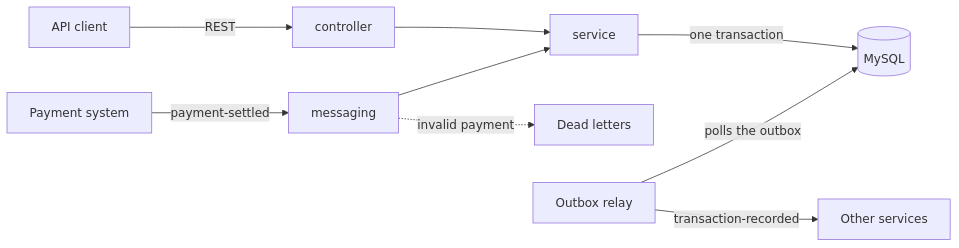
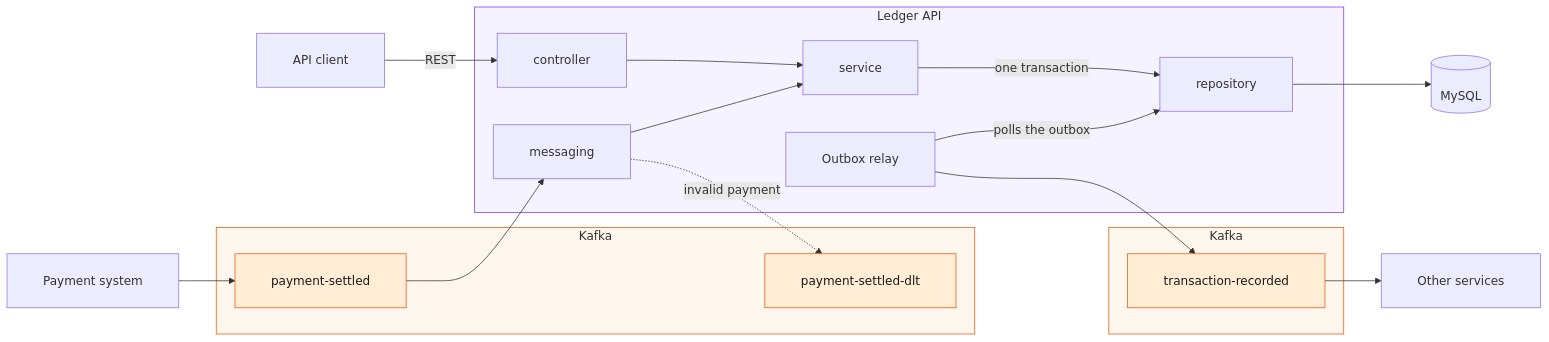
Before and after one commit to Daniel296/ledger-api: the diagram in README.md, drawn with Mermaid. The commit also changed other lines of this file, not shown here.

````diff
--- a/README.md
+++ b/README.md
@@ -175,11 +12,34 @@
 ```mermaid
+%%{init: {"flowchart": {"padding": 24}}}%%
 flowchart LR
     client["API client"] -->|REST| controller
-    payments["Payment system"] -->|payment-settled| messaging
+    payments["Payment system"] --> settled
+    subgraph kafkaIn["Kafka"]
+        settled["payment-settled"]
+        dlt["payment-settled-dlt"]
+    end
+    subgraph ledger["Ledger API"]
+        controller
+        messaging
+        service
+        relay["Outbox relay"]
+        repository
+    end
+    settled --> messaging
+    messaging -.->|invalid payment| dlt
     controller --> service
     messaging --> service
-    messaging -.->|invalid payment| dlt["Dead letters"]
-    service -->|one transaction| mysql[("MySQL")]
-    relay["Outbox relay"] -->|polls the outbox| mysql
-    relay -->|transaction-recorded| consumers["Other services"]
+    service -->|one transaction| repository
+    relay -->|polls the outbox| repository
+    repository --> mysql[("MySQL")]
+    subgraph kafkaOut["Kafka"]
+        recorded["transaction-recorded"]
+    end
+    relay --> recorded
+    recorded --> consumers["Other services"]
+    classDef kafka fill:#ffedd5,stroke:#ea580c,color:#1c1917
+    class settled,dlt,recorded kafka
+    style kafkaIn fill:#fff7ed,stroke:#ea580c
+    style kafkaOut fill:#fff7ed,stroke:#ea580c
+    style ledger fill:#f5f3ff,stroke:#7c3aed
 ```
````
